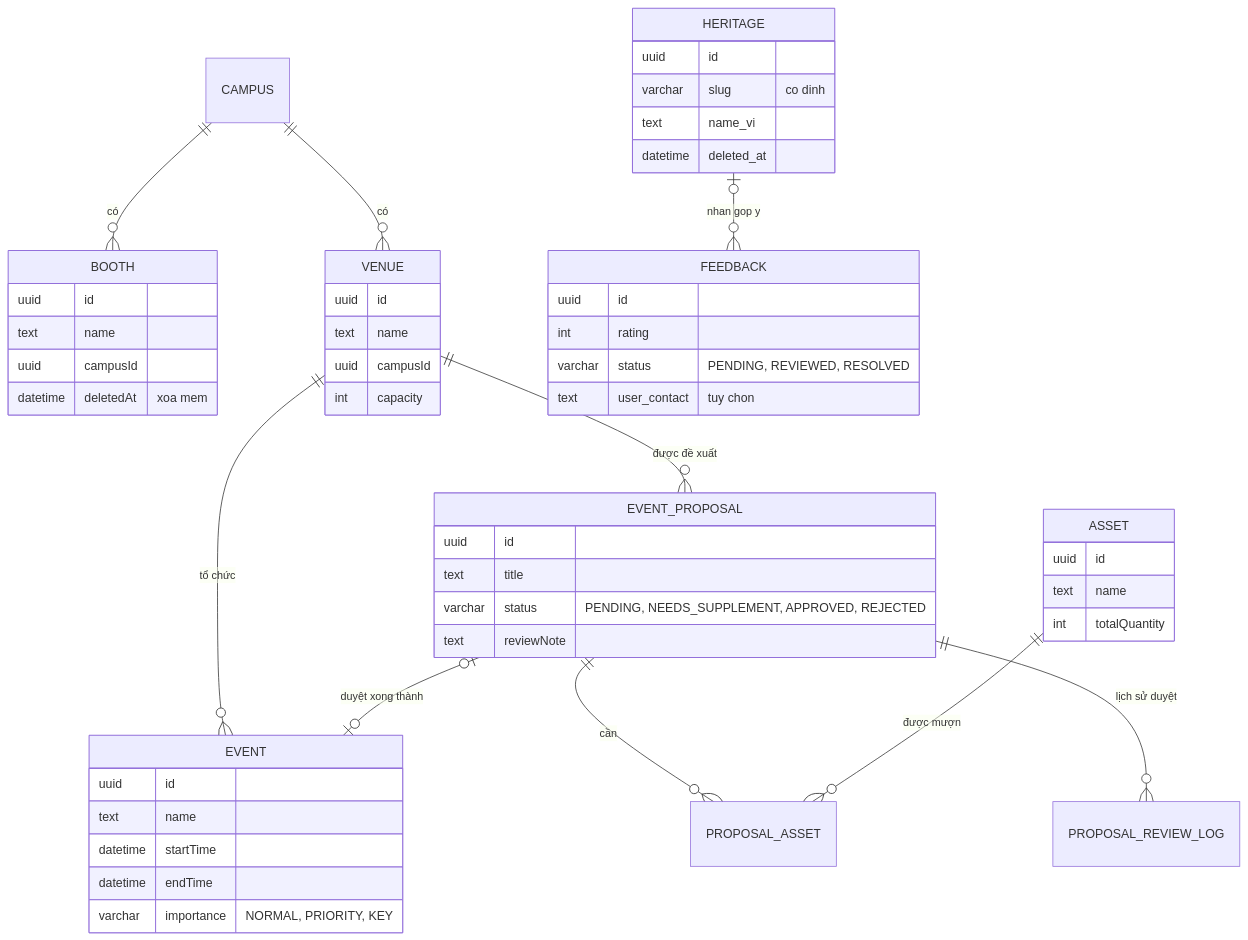
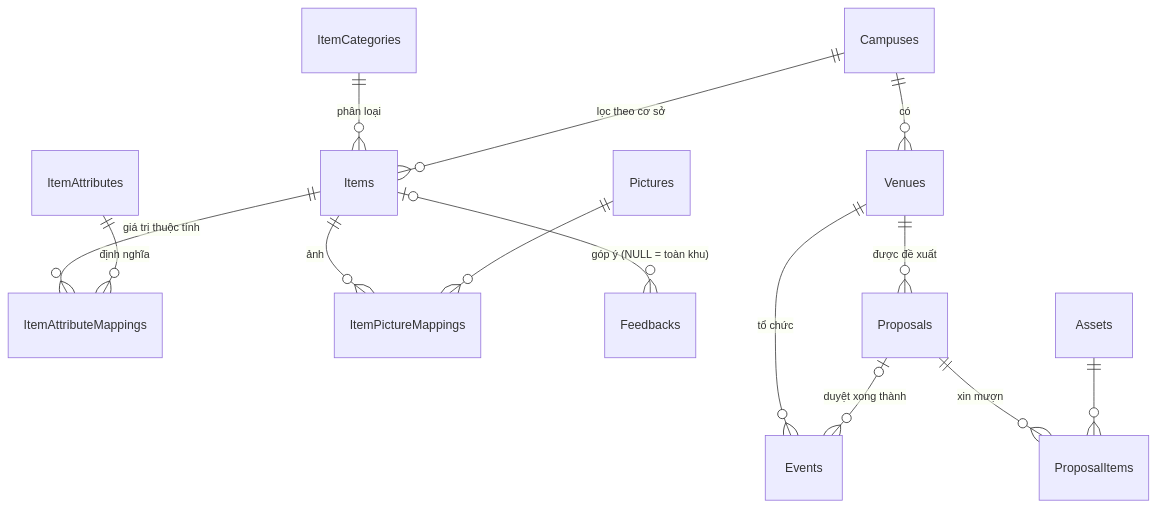
One commit to arisdo-29/duong-sach-project changed the second of 3 diagrams in docs/01-tong-quan-he-thong.md. Above: the diagram before and after it, drawn with Mermaid. The commit also changed other lines of this file and 18 other files, not shown here.

````diff
--- a/docs/01-tong-quan-he-thong.md
+++ b/docs/01-tong-quan-he-thong.md
@@ -54,54 +115,16 @@
 ```mermaid
 erDiagram
-  CAMPUS ||--o{ BOOTH : "có"
-  CAMPUS ||--o{ VENUE : "có"
-  VENUE ||--o{ EVENT : "tổ chức"
-  VENUE ||--o{ EVENT_PROPOSAL : "được đề xuất"
-  EVENT_PROPOSAL ||--o{ PROPOSAL_ASSET : "cần"
-  ASSET ||--o{ PROPOSAL_ASSET : "được mượn"
-  EVENT_PROPOSAL ||--o{ PROPOSAL_REVIEW_LOG : "lịch sử duyệt"
-  EVENT_PROPOSAL |o--o| EVENT : "duyệt xong thành"
-  HERITAGE |o--o{ FEEDBACK : "nhan gop y"
-  BOOTH {
-    uuid id
-    text name
-    uuid campusId
-    datetime deletedAt "xoa mem"
-  }
-  VENUE {
-    uuid id
-    text name
-    uuid campusId
-    int capacity
-  }
-  ASSET {
-    uuid id
-    text name
-    int totalQuantity
-  }
-  EVENT {
-    uuid id
-    text name
-    datetime startTime
-    datetime endTime
-    varchar importance "NORMAL, PRIORITY, KEY"
-  }
-  EVENT_PROPOSAL {
-    uuid id
-    text title
-    varchar status "PENDING, NEEDS_SUPPLEMENT, APPROVED, REJECTED"
-    text reviewNote
-  }
-  HERITAGE {
-    uuid id
-    varchar slug "co dinh"
-    text name_vi
-    datetime deleted_at
-  }
-  FEEDBACK {
-    uuid id
-    int rating
-    varchar status "PENDING, REVIEWED, RESOLVED"
-    text user_contact "tuy chon"
-  }
+  ItemCategories ||--o{ Items : "phân loại"
+  Campuses ||--o{ Items : "lọc theo cơ sở"
+  Items ||--o{ ItemAttributeMappings : "giá trị thuộc tính"
+  ItemAttributes ||--o{ ItemAttributeMappings : "định nghĩa"
+  Items ||--o{ ItemPictureMappings : "ảnh"
+  Pictures ||--o{ ItemPictureMappings : ""
+  Items |o--o{ Feedbacks : "góp ý (NULL = toàn khu)"
+  Campuses ||--o{ Venues : "có"
+  Venues ||--o{ Events : "tổ chức"
+  Venues ||--o{ Proposals : "được đề xuất"
+  Proposals ||--o{ ProposalItems : "xin mượn"
+  Assets ||--o{ ProposalItems : ""
+  Proposals |o--o{ Events : "duyệt xong thành"
 ```
````
